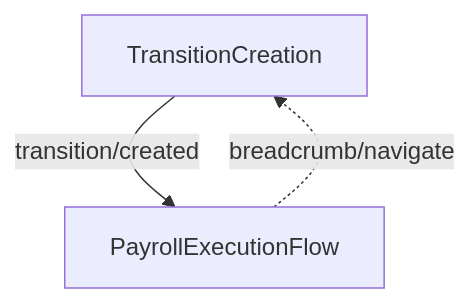
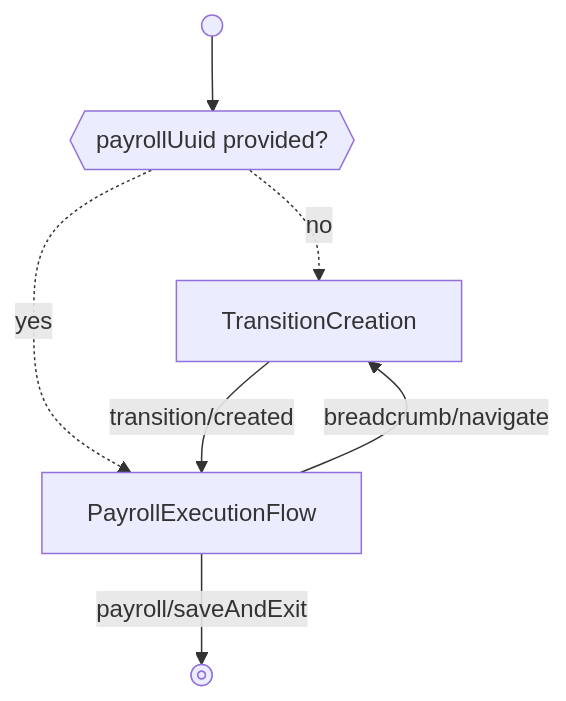
The diagram in docs/reference/payroll/transition-flow.md (Gusto/embedded-react-sdk), drawn with Mermaid before and after one commit. The commit also changed other lines of this file and 5 other files, not shown here.

First line of the commit message:
docs(payroll): model entry condition + save-and-exit in off-cycle/dismissal/transition diagrams

````diff
--- a/docs/reference/payroll/transition-flow.md
+++ b/docs/reference/payroll/transition-flow.md
@@ -59,5 +59,11 @@
 ```mermaid
 flowchart
-  CreateTransitionPayroll["TransitionCreation"] -->|"transition/created"| Execution["PayrollExecutionFlow"]
-  Execution -.->|"breadcrumb/navigate"| CreateTransitionPayroll
+  start@{ shape: sm-circ } --> hasPayroll{{"payrollUuid provided?"}}
+  hasPayroll -.->|"no"| CreateTransitionPayroll["TransitionCreation"]
+  hasPayroll -.->|"yes"| Execution["PayrollExecutionFlow"]
+  CreateTransitionPayroll -->|"transition/created"| Execution
+  Execution -->|"breadcrumb/navigate"| CreateTransitionPayroll
+  Execution -->|"payroll/saveAndExit"| done@{ shape: fr-circ, label: " " }
+  class hasPayroll branch
+  class Execution flow
 ```
````
